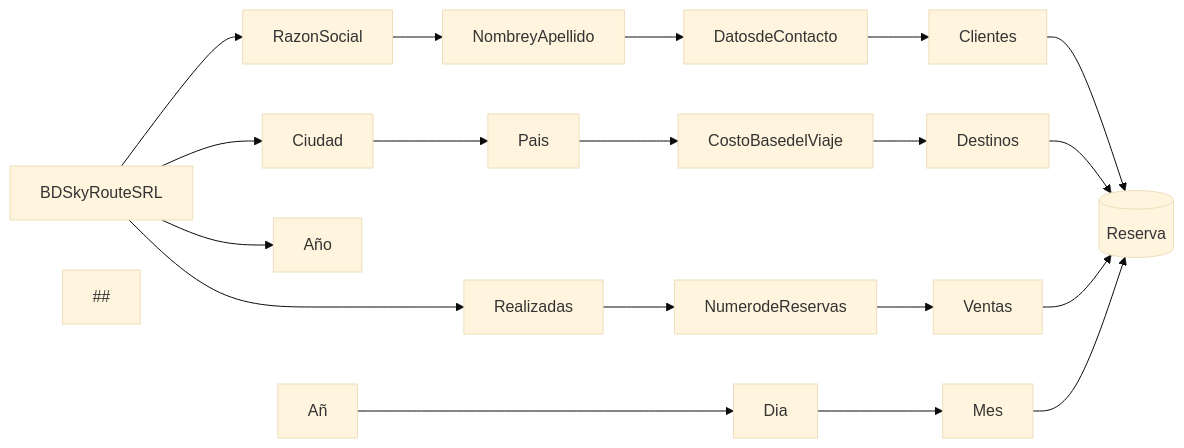
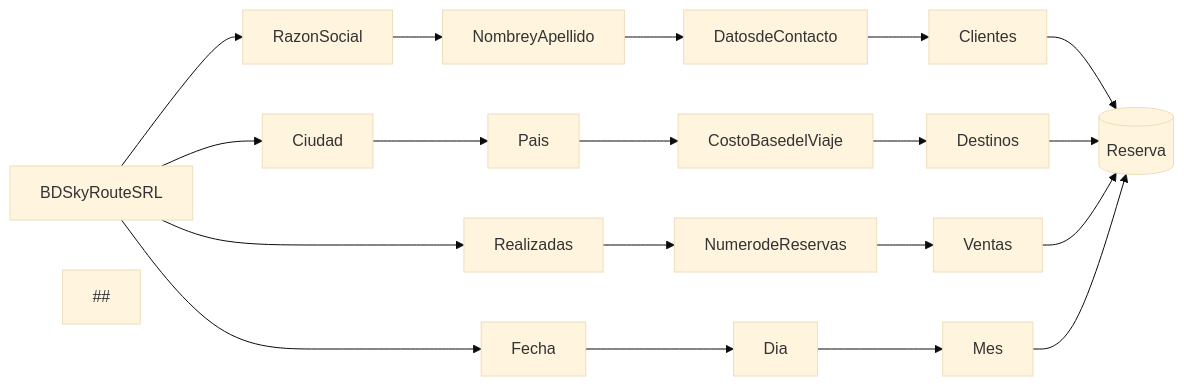
One commit to Juan-jcm-7/BD changed the diagram in README.MD. Above: the diagram before and after it, drawn with Mermaid (base theme).

````diff
--- a/README.MD
+++ b/README.MD
@@ -1,24 +1,24 @@
 ```mermaid
 graph LR;
   ordersDB[(Reserva)]
   BDSkyRouteSRL-->RazonSocial;
 RazonSocial-->NombreyApellido
   NombreyApellido-->DatosdeContacto;
   DatosdeContacto-->Clientes;
   Clientes-->ordersDB;
 ##
   BDSkyRouteSRL-->Ciudad
   Ciudad-->Pais;
   Pais-->CostoBasedelViaje;
   CostoBasedelViaje-->Destinos;
   Destinos-->ordersDB;
 ##
   BDSkyRouteSRL-->Realizadas
   Realizadas-->NumerodeReservas
   NumerodeReservas-->Ventas;
   Ventas-->ordersDB;
-  BDSkyRouteSRL-->Año;
-  Año-->Dia;
+  BDSkyRouteSRL-->Fecha;
+  Fecha-->Dia;
   Dia-->Mes;
   Mes-->ordersDB;
 ```
````
